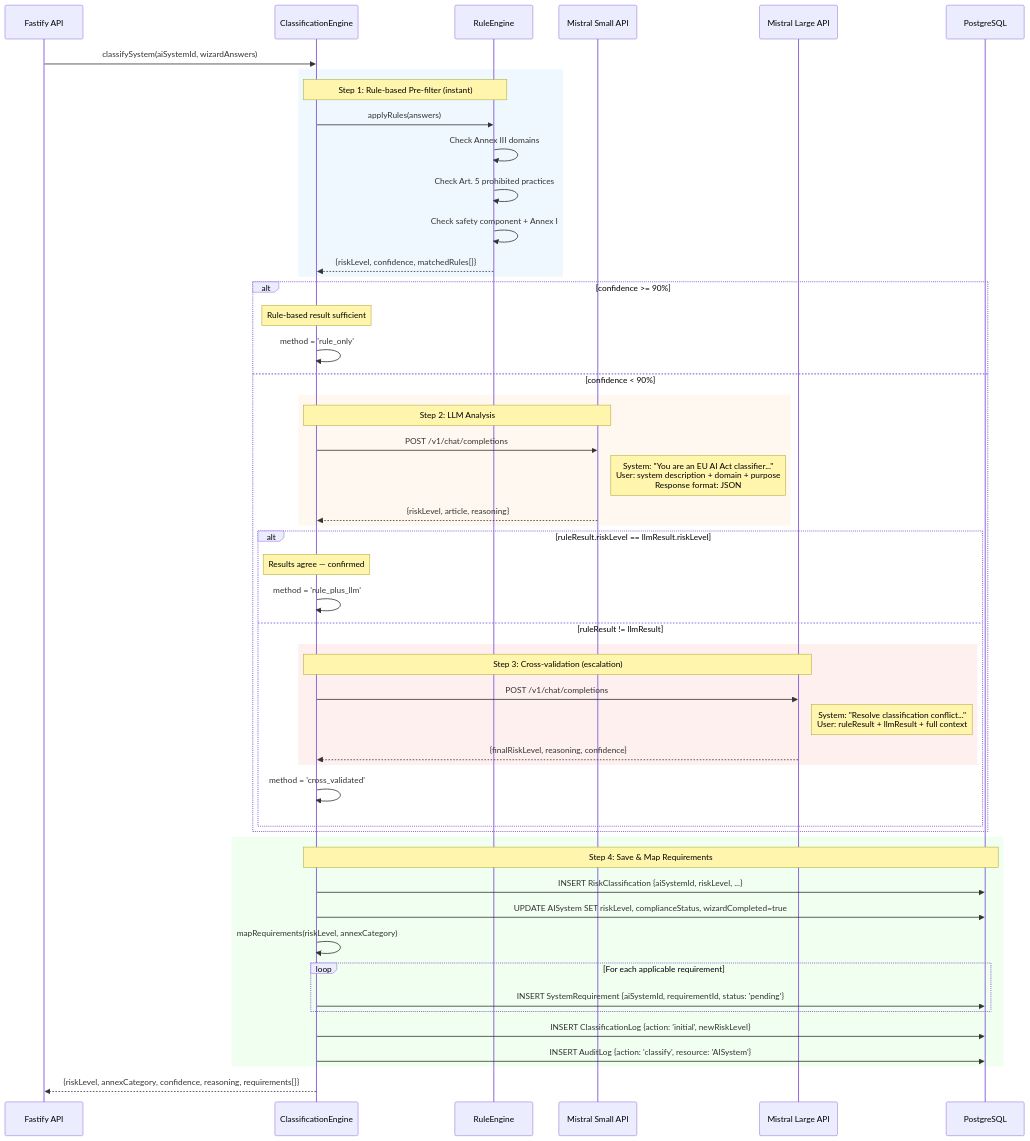
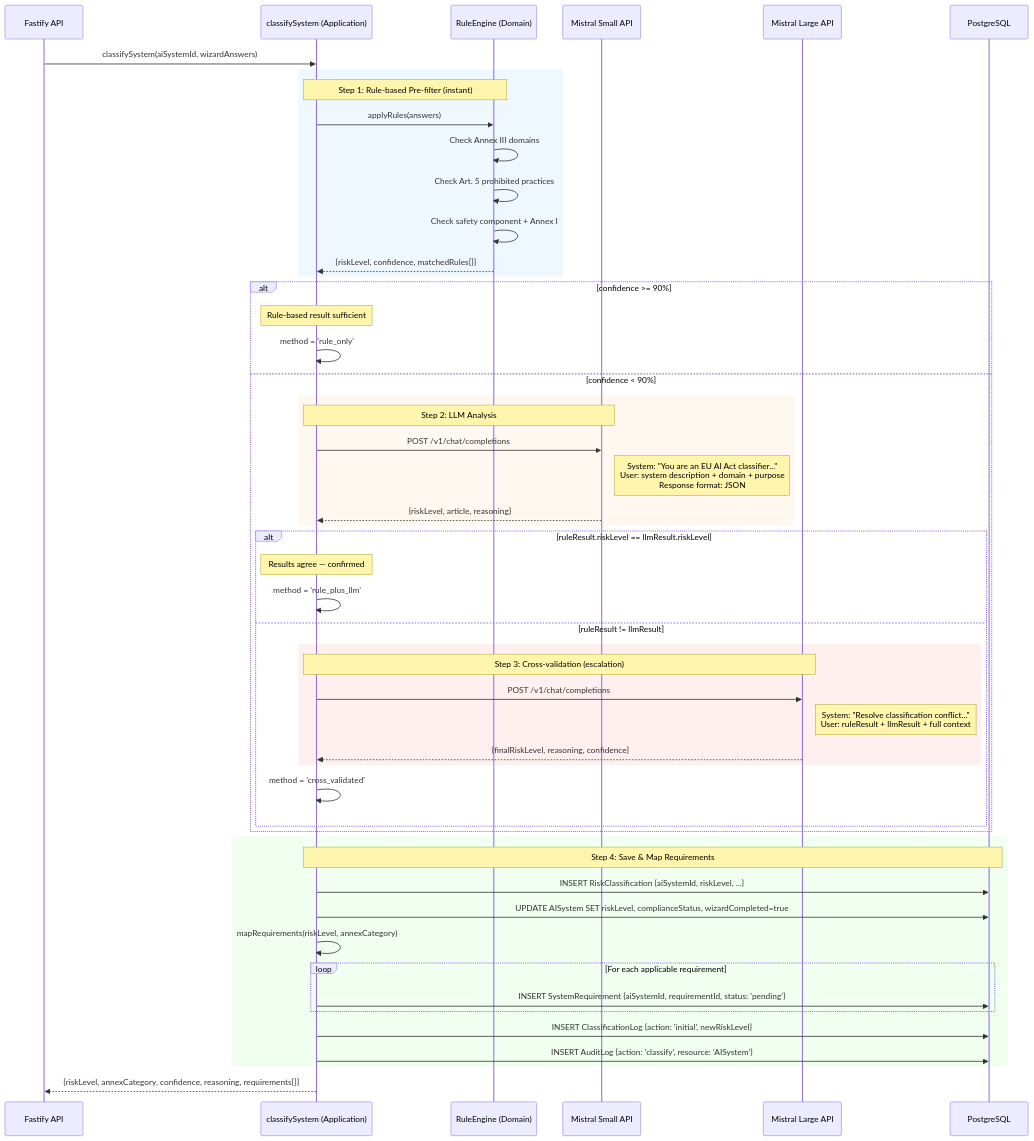
One commit to complior/complior changed the third of 10 diagrams in docs/DATA-FLOWS.md. Above: the diagram before and after it, drawn with Mermaid. The commit also changed other lines of this file and 10 other files, not shown here.

````diff
--- a/docs/DATA-FLOWS.md
+++ b/docs/DATA-FLOWS.md
@@ -105,61 +111,61 @@
 ```mermaid
 sequenceDiagram
     participant API as Fastify API
-    participant CE as ClassificationEngine
-    participant Rules as RuleEngine
+    participant CE as classifySystem (Application)
+    participant Rules as RuleEngine (Domain)
     participant LLM as Mistral Small API
     participant Escalation as Mistral Large API
     participant DB as PostgreSQL
 
     API->>CE: classifySystem(aiSystemId, wizardAnswers)
 
     rect rgb(240, 248, 255)
         Note over CE,Rules: Step 1: Rule-based Pre-filter (instant)
         CE->>Rules: applyRules(answers)
         Rules->>Rules: Check Annex III domains
         Rules->>Rules: Check Art. 5 prohibited practices
         Rules->>Rules: Check safety component + Annex I
         Rules-->>CE: {riskLevel, confidence, matchedRules[]}
     end
 
     alt confidence >= 90%
         Note over CE: Rule-based result sufficient
         CE->>CE: method = 'rule_only'
     else confidence < 90%
         rect rgb(255, 248, 240)
             Note over CE,LLM: Step 2: LLM Analysis
             CE->>LLM: POST /v1/chat/completions
             Note right of LLM: System: "You are an EU AI Act classifier..."<br/>User: system description + domain + purpose<br/>Response format: JSON
             LLM-->>CE: {riskLevel, article, reasoning}
         end
 
         alt ruleResult.riskLevel == llmResult.riskLevel
             Note over CE: Results agree — confirmed
             CE->>CE: method = 'rule_plus_llm'
         else ruleResult != llmResult
             rect rgb(255, 240, 240)
                 Note over CE,Escalation: Step 3: Cross-validation (escalation)
                 CE->>Escalation: POST /v1/chat/completions
                 Note right of Escalation: System: "Resolve classification conflict..."<br/>User: ruleResult + llmResult + full context
                 Escalation-->>CE: {finalRiskLevel, reasoning, confidence}
             end
             CE->>CE: method = 'cross_validated'
         end
     end
 
     rect rgb(240, 255, 240)
         Note over CE,DB: Step 4: Save & Map Requirements
         CE->>DB: INSERT RiskClassification {aiSystemId, riskLevel, ...}
         CE->>DB: UPDATE AISystem SET riskLevel, complianceStatus, wizardCompleted=true
 
         CE->>CE: mapRequirements(riskLevel, annexCategory)
         loop For each applicable requirement
             CE->>DB: INSERT SystemRequirement {aiSystemId, requirementId, status: 'pending'}
         end
 
         CE->>DB: INSERT ClassificationLog {action: 'initial', newRiskLevel}
         CE->>DB: INSERT AuditLog {action: 'classify', resource: 'AISystem'}
     end
 
     CE-->>API: {riskLevel, annexCategory, confidence, reasoning, requirements[]}
 ```
````
